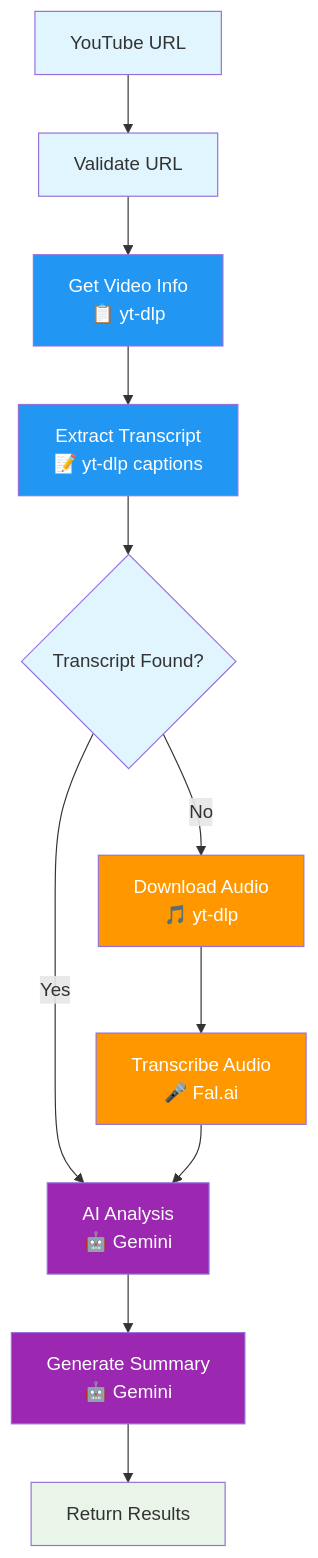
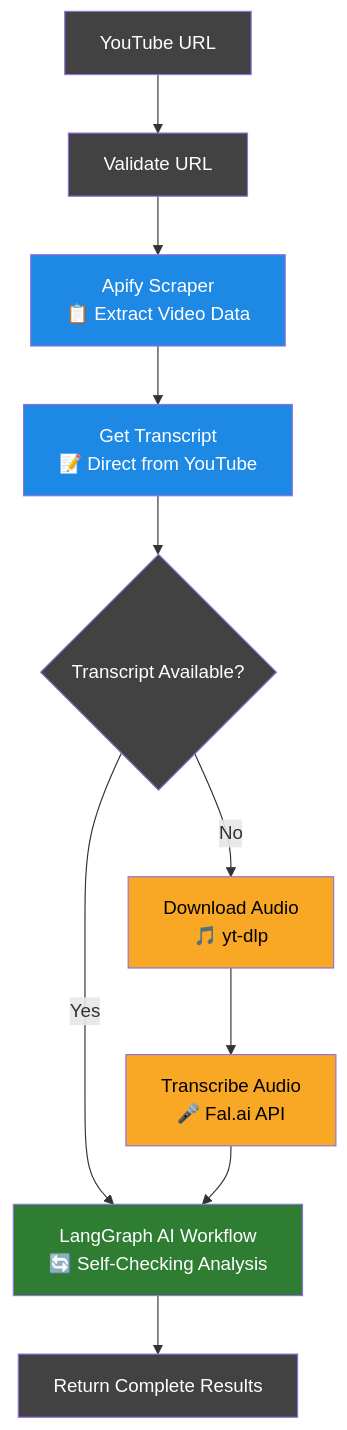
The first of 2 diagrams in README.md (teron131/youtube-summarizer), drawn with Mermaid before and after one commit. The commit also changed other lines of this file, not shown here.

````diff
--- a/README.md
+++ b/README.md
@@ -17,24 +19,22 @@
 ```mermaid
 graph TD
     A[YouTube URL] --> B[Validate URL]
-    B --> C[Get Video Info<br/>📋 yt-dlp]
-    C --> D[Extract Transcript<br/>📝 yt-dlp captions]
-    D --> E{Transcript Found?}
-    E -->|Yes| F[AI Analysis<br/>🤖 Gemini]
+    B --> C[Apify Scraper<br/>📋 Extract Video Data]
+    C --> D[Get Transcript<br/>📝 Direct from YouTube]
+    D --> E{Transcript Available?}
+    E -->|Yes| F[LangGraph AI Workflow<br/>🔄 Self-Checking Analysis]
     E -->|No| G[Download Audio<br/>🎵 yt-dlp]
-    G --> H[Transcribe Audio<br/>🎤 Fal.ai]
+    G --> H[Transcribe Audio<br/>🎤 Fal.ai API]
     H --> F
-    F --> I[Generate Summary<br/>🤖 Gemini]
-    I --> J[Return Results]
+    F --> I[Return Complete Results]
     
-    style A fill:#e1f5fe
-    style B fill:#e1f5fe
-    style C fill:#2196F3,color:#fff
-    style D fill:#2196F3,color:#fff
-    style E fill:#e1f5fe
-    style G fill:#FF9800,color:#fff
-    style H fill:#FF9800,color:#fff
-    style F fill:#9C27B0,color:#fff
-    style I fill:#9C27B0,color:#fff
-    style J fill:#e8f5e8
+    style A fill:#424242,color:#fff
+    style B fill:#424242,color:#fff
+    style C fill:#1E88E5,color:#fff
+    style D fill:#1E88E5,color:#fff
+    style E fill:#424242,color:#fff
+    style G fill:#F9A825,color:#000
+    style H fill:#F9A825,color:#000
+    style F fill:#2E7D32,color:#fff
+    style I fill:#424242,color:#fff
 ```
````
